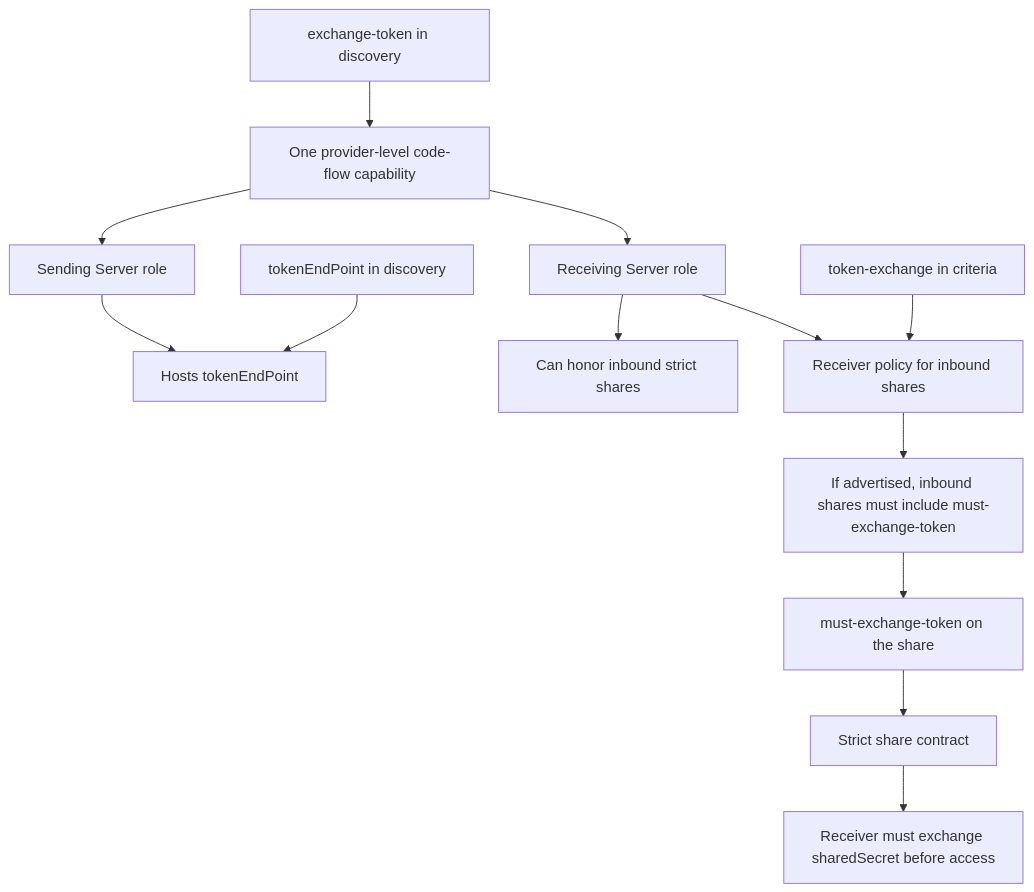
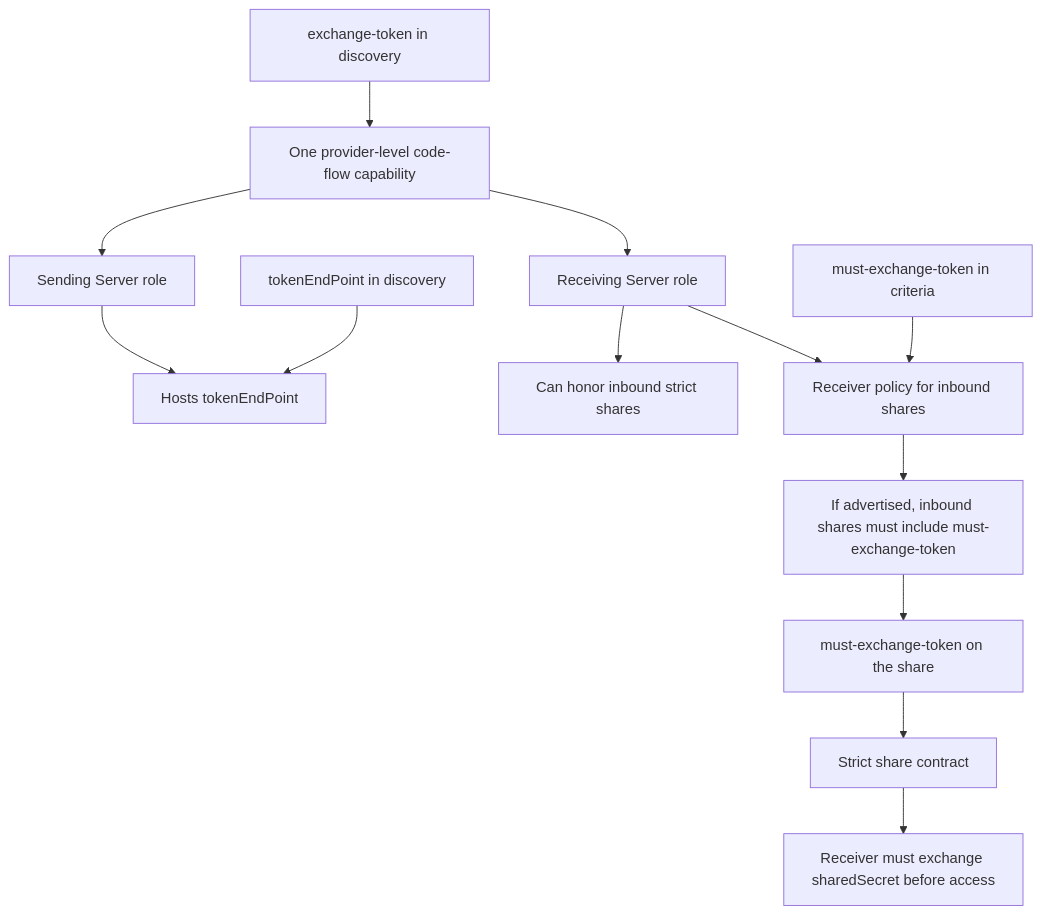
One commit to cs3org/OCM-API changed the diagram in diagrams/code-flow-role-binding.md. Above: the diagram before and after it, drawn with Mermaid. The commit also changed 5 other files, not shown here.

````diff
--- a/diagrams/code-flow-role-binding.md
+++ b/diagrams/code-flow-role-binding.md
@@ -1,23 +1,23 @@
 ```mermaid
 flowchart TD
     ET["exchange-token in discovery"]
-    TX["token-exchange in criteria"]
+    TX["must-exchange-token in criteria"]
     EP["tokenEndPoint in discovery"]
     MS["must-exchange-token on the share"]
 
     ET --> P["One provider-level code-flow capability"]
     P --> S["Sending Server role"]
     P --> R["Receiving Server role"]
 
     S --> S1["Hosts tokenEndPoint"]
     EP --> S1
 
     R --> R1["Can honor inbound strict shares"]
     R --> R2["Receiver policy for inbound shares"]
     TX --> R2
     R2 --> R3["If advertised, inbound shares must include must-exchange-token"]
     R3 --> MS
 
     MS --> M1["Strict share contract"]
     M1 --> M2["Receiver must exchange sharedSecret before access"]
 ```
````
